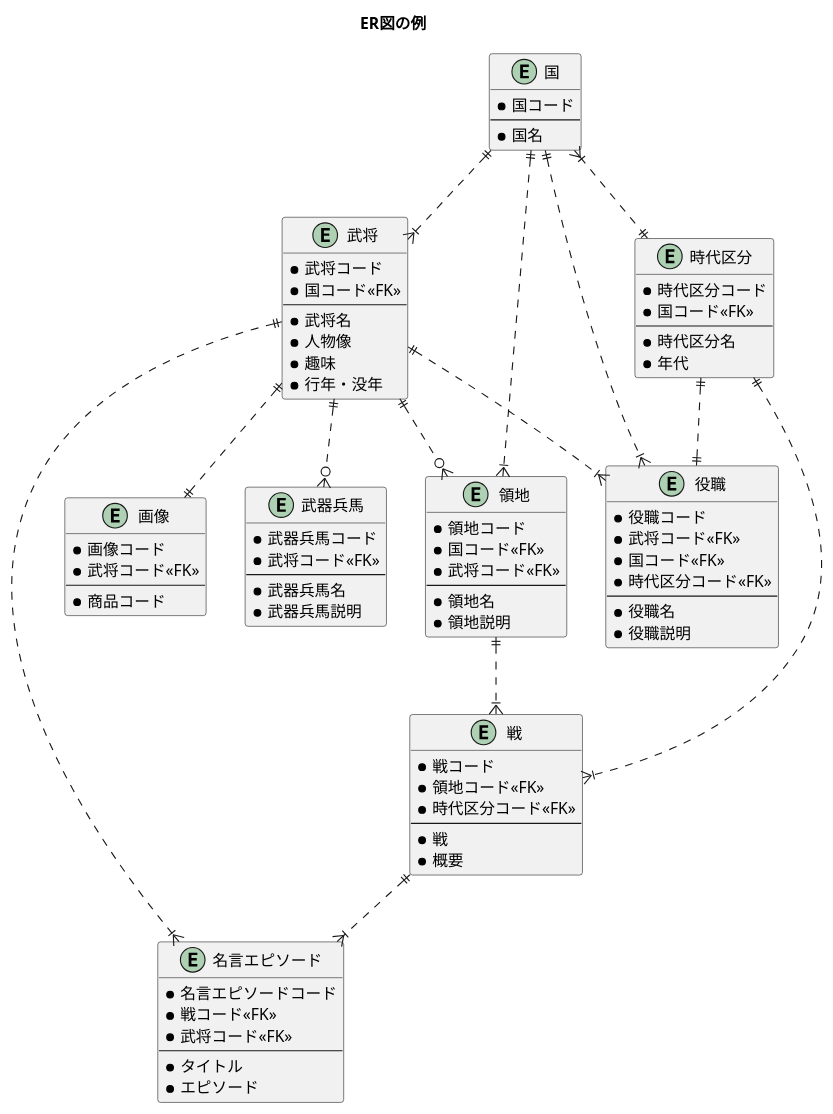
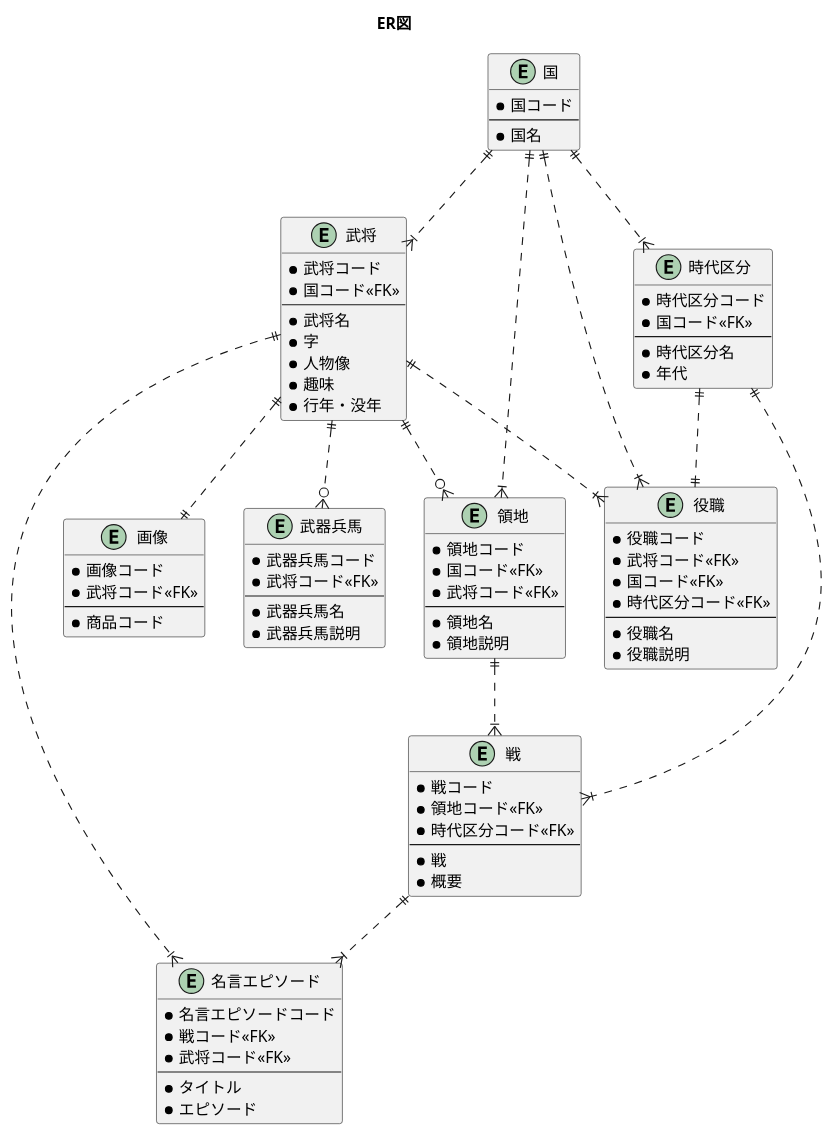
One commit to pnskh112/sangokushi-api-document changed the second of 2 diagrams in 30_design/bd/bd_sangokushiApi/bd_sangokushiApi.md. Above: the diagram before and after it, drawn with PlantUML. The commit also changed other lines of this file and 1 other file, not shown here.

````diff
--- a/30_design/bd/bd_sangokushiApi/bd_sangokushiApi.md
+++ b/30_design/bd/bd_sangokushiApi/bd_sangokushiApi.md
@@ -61,6 +61,6 @@
 ```uml
 @startuml
-title ER図の例
+title ER図
 
 entity 時代区分{
   * 時代区分コード
@@ -81,6 +81,7 @@
   * 国コード<<FK>>
   --
   * 武将名
+  * 字
   * 人物像
   * 趣味
   * 行年・没年
@@ -141,7 +142,7 @@
 国 ||..|{ 役職
 国 ||..|{ 領地
 国 ||..|{ 武将
-国 }|..|| 時代区分
+国 ||..|{ 時代区分
 時代区分 ||..|| 役職
 武将 ||..|{ 役職
 武将 ||..|| 画像
````
